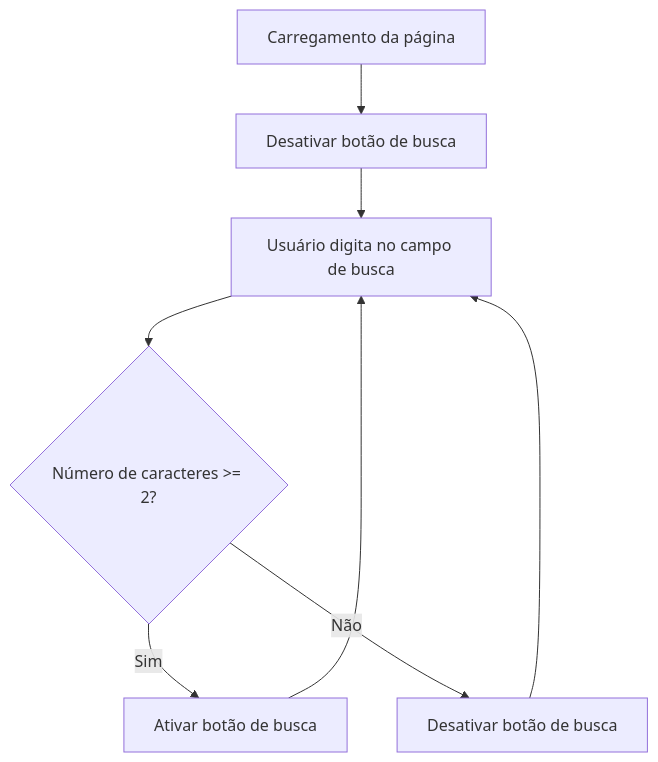
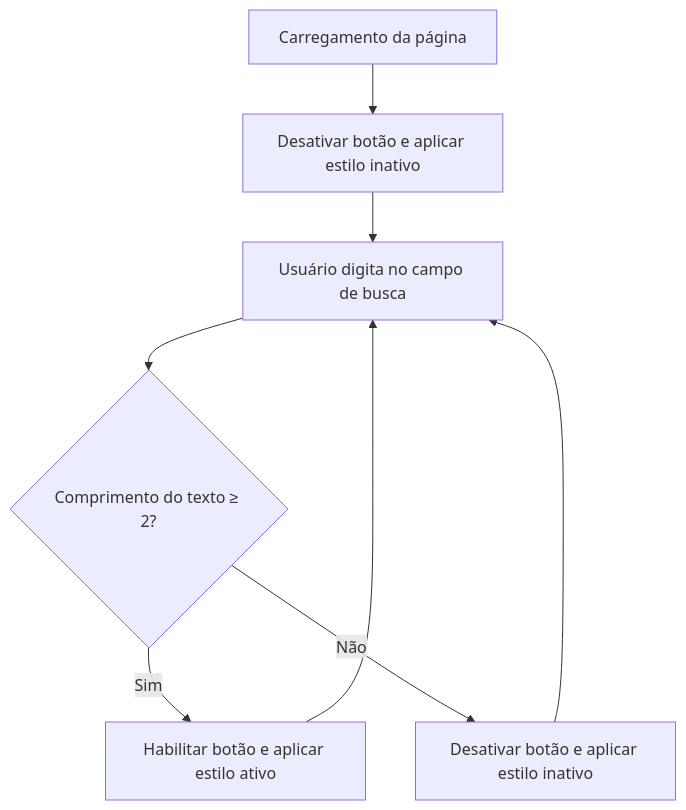
The diagram in docs/fluxo_busca.mmd (versaobrasileira/liturgia), drawn with Mermaid before and after one commit. The commit also changed 7 other files, not shown here.

```diff
--- a/docs/fluxo_busca.mmd
+++ b/docs/fluxo_busca.mmd
@@ -1,8 +1,12 @@
 flowchart TD
-  A[Carregamento da página] --> B[Desativar botão de busca]
+  A[Carregamento da página] --> B[Desativar botão e aplicar estilo inativo]
+
   B --> C[Usuário digita no campo de busca]
-  C --> D{Número de caracteres >= 2?}
-  D -- Sim --> E[Ativar botão de busca]
-  D -- Não --> F[Desativar botão de busca]
+
+  C --> D{Comprimento do texto ≥ 2?}
+
+  D -- Sim --> E[Habilitar botão e aplicar estilo ativo]
+  D -- Não --> F[Desativar botão e aplicar estilo inativo]
+
   E --> C
   F --> C
```
